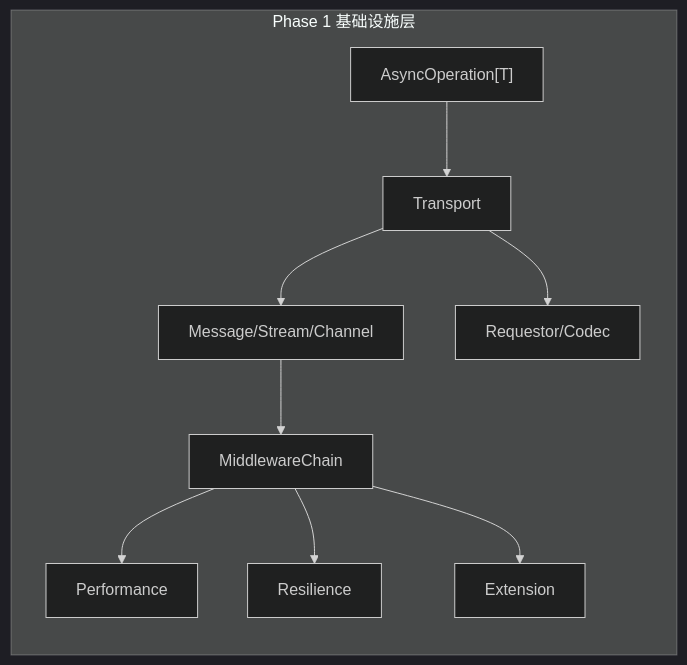
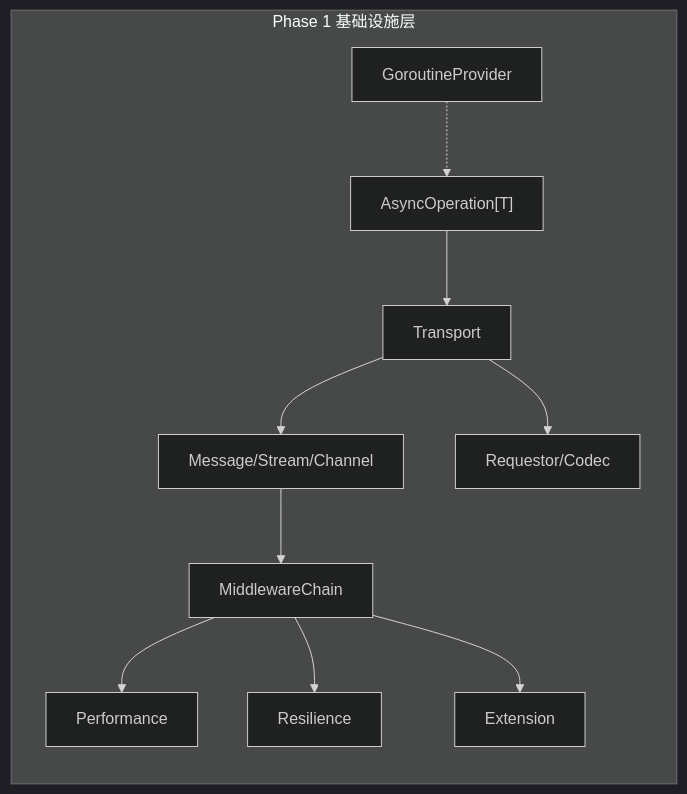
The first of 5 diagrams in docs/07_spike/2026-02-18_spike_nexkv-ddd-roadmap.md (jzhang405/NexKV), drawn with Mermaid (dark theme) before and after one commit. The commit also changed other lines of this file and 63 other files, not shown here.

````diff
--- a/docs/07_spike/2026-02-18_spike_nexkv-ddd-roadmap.md
+++ b/docs/07_spike/2026-02-18_spike_nexkv-ddd-roadmap.md
@@ -88,12 +92,13 @@
 ```mermaid
 graph LR
     subgraph "Phase 1 基础设施层"
         A["AsyncOperation[T]"] --> B[Transport]
         B --> C[Message/Stream/Channel]
         B --> D[Requestor/Codec]
         C --> E[MiddlewareChain]
         E --> F[Performance]
         E --> G[Resilience]
         E --> H[Extension]
+        I["GoroutineProvider"] -.-> A
     end
 ```
````
